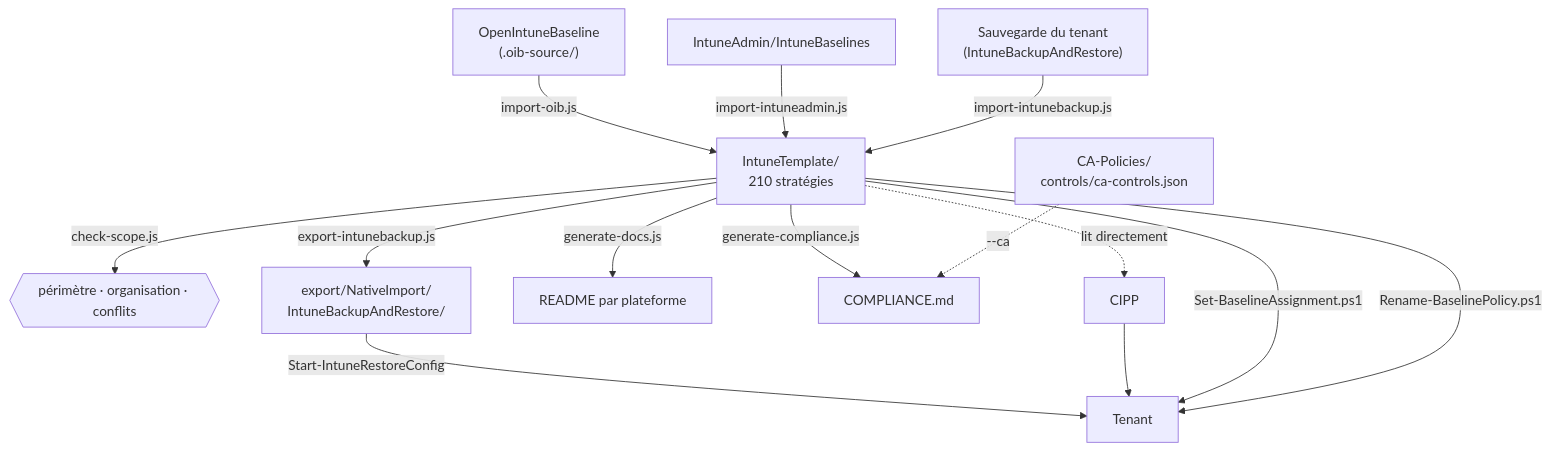
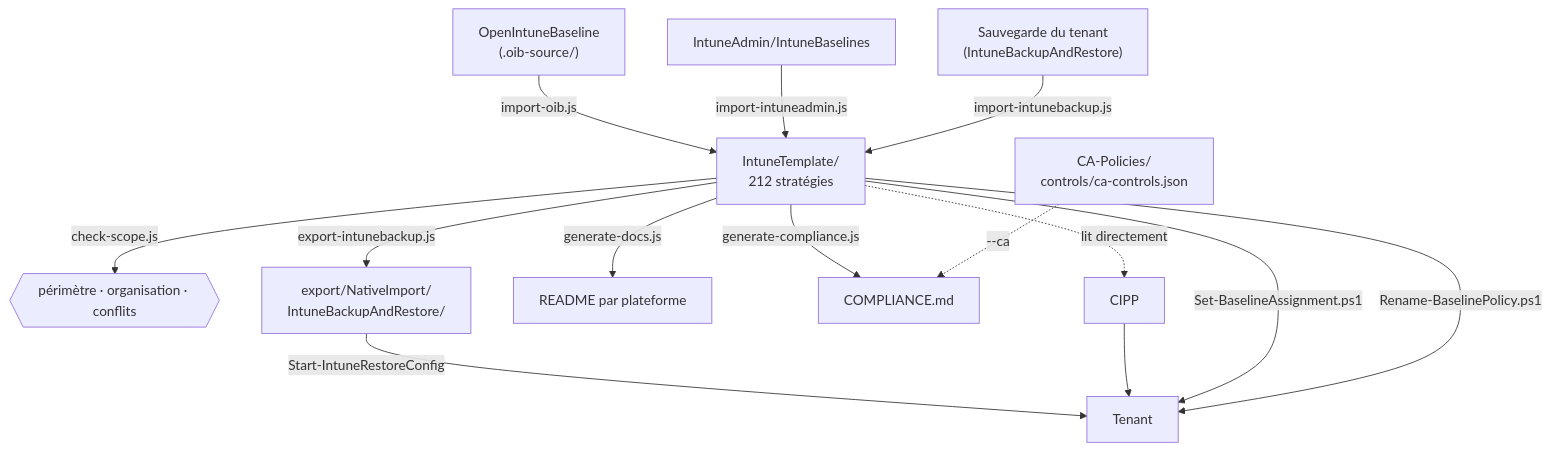
The diagram in scripts/README.fr.md (sjkanon/IntuneBackup), drawn with Mermaid before and after one commit. The commit also changed 38 other files, not shown here.

````diff
--- a/scripts/README.fr.md
+++ b/scripts/README.fr.md
@@ -9,17 +9,17 @@
 ```mermaid
 flowchart TD
   OIB["OpenIntuneBaseline<br/>(.oib-source/)"] -->|import-oib.js| T
   IA["IntuneAdmin/IntuneBaselines"] -->|import-intuneadmin.js| T
   TEN["Sauvegarde du tenant<br/>(IntuneBackupAndRestore)"] -->|import-intunebackup.js| T
-  T["IntuneTemplate/<br/>210 stratégies"]
+  T["IntuneTemplate/<br/>212 stratégies"]
   T -->|check-scope.js| CHK{{"périmètre · organisation · conflits"}}
   T -->|export-intunebackup.js| EX["export/NativeImport/<br/>IntuneBackupAndRestore/"]
   T -->|generate-docs.js| DOC["README par plateforme"]
   T -->|generate-compliance.js| CMP["COMPLIANCE.md"]
   CA["CA-Policies/<br/>controls/ca-controls.json"] -.->|--ca| CMP
   T -.->|lit directement| CIPP["CIPP"]
   EX -->|Start-IntuneRestoreConfig| TENANT["Tenant"]
   CIPP --> TENANT
   T -->|Set-BaselineAssignment.ps1| TENANT
   T -->|Rename-BaselinePolicy.ps1| TENANT
 ```
````
